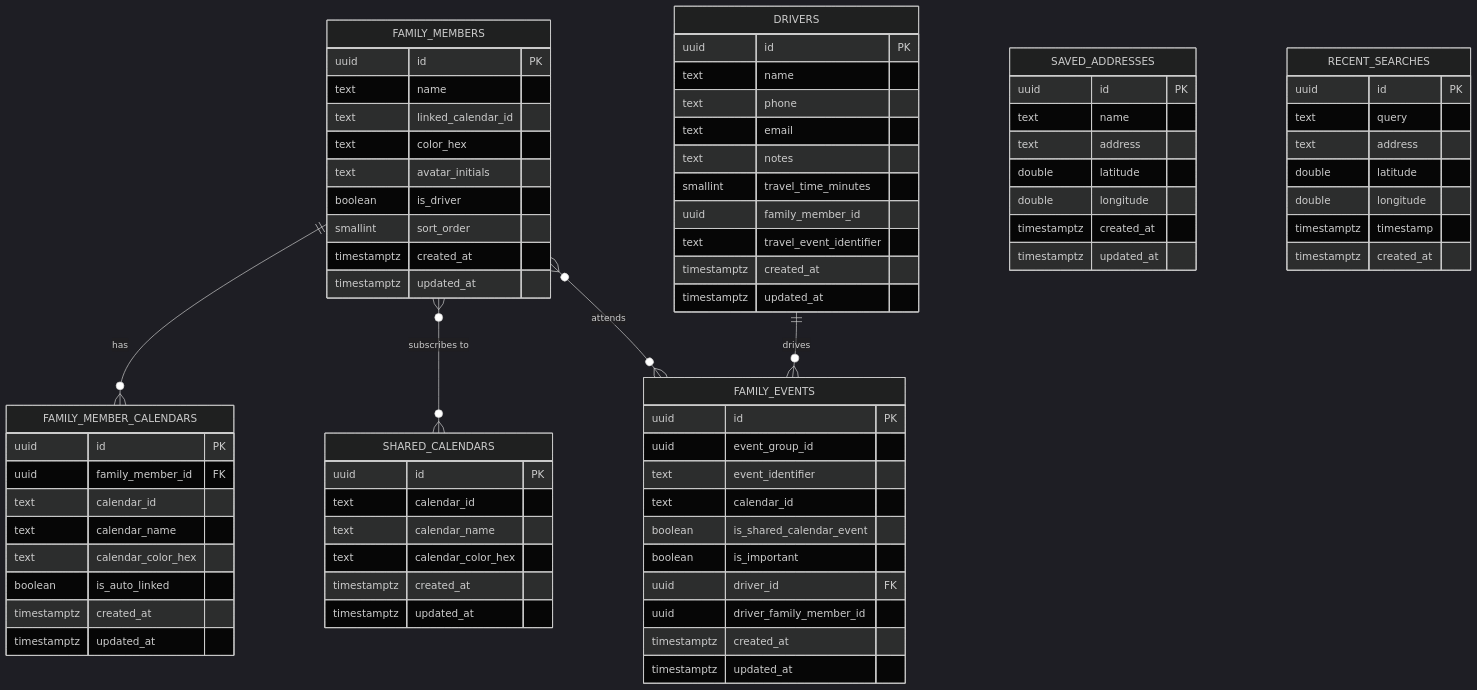
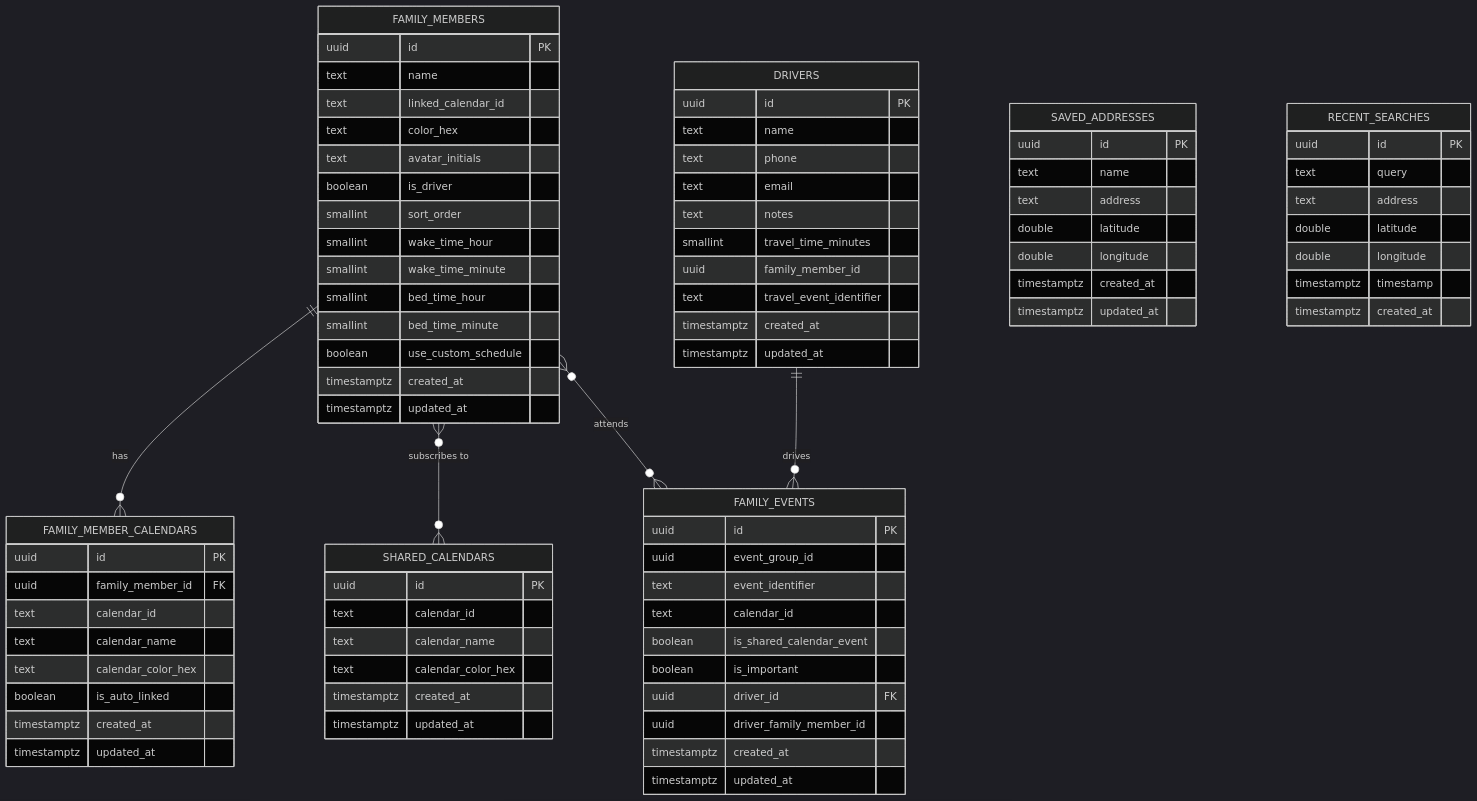
Before and after one commit to markdias/FamCal: the diagram in Documentation/supabase/SUPABASE_SCHEMA.md, drawn with Mermaid (dark theme). The commit also changed other lines of this file and 23 other files, not shown here.

```diff
--- a/Documentation/supabase/SUPABASE_SCHEMA.md
+++ b/Documentation/supabase/SUPABASE_SCHEMA.md
@@ -540,6 +552,11 @@
         text avatar_initials
         boolean is_driver
         smallint sort_order
+        smallint wake_time_hour
+        smallint wake_time_minute
+        smallint bed_time_hour
+        smallint bed_time_minute
+        boolean use_custom_schedule
         timestamptz created_at
         timestamptz updated_at
     }
```
